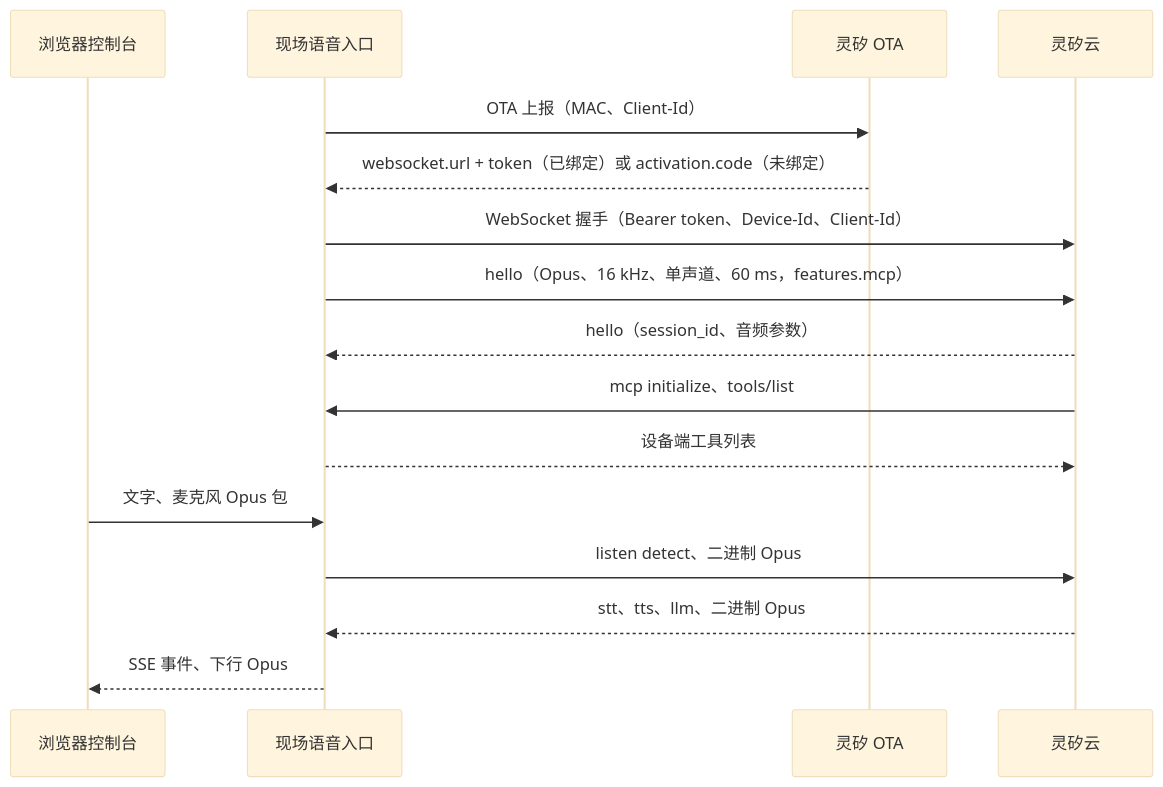
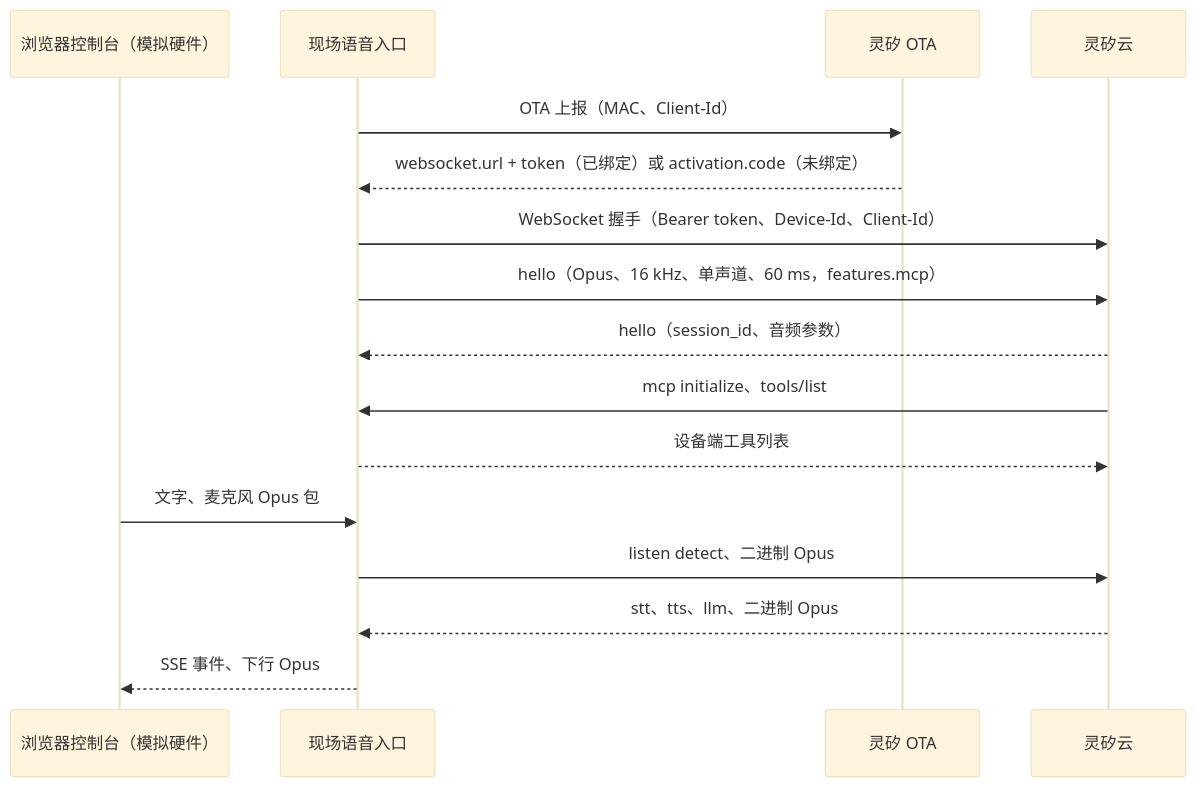
Before and after one commit to open-anywhere/open-anywhere: the third of 3 diagrams in docs/architecture.md, drawn with Mermaid (base theme). The commit also changed other lines of this file, not shown here.

First line of the commit message:
docs: trim the voice entry chapter to what belongs in an architecture

````diff
--- a/docs/architecture.md
+++ b/docs/architecture.md
@@ -527,19 +527,19 @@
 ```mermaid
 sequenceDiagram
-  participant B as 浏览器控制台
+  participant B as 浏览器控制台（模拟硬件）
   participant K as 现场语音入口
   participant O as 灵矽 OTA
   participant L as 灵矽云
 
   K->>O: OTA 上报（MAC、Client-Id）
   O-->>K: websocket.url + token（已绑定）或 activation.code（未绑定）
   K->>L: WebSocket 握手（Bearer token、Device-Id、Client-Id）
   K->>L: hello（Opus、16 kHz、单声道、60 ms，features.mcp）
   L-->>K: hello（session_id、音频参数）
   L->>K: mcp initialize、tools/list
   K-->>L: 设备端工具列表
   B->>K: 文字、麦克风 Opus 包
   K->>L: listen detect、二进制 Opus
   L-->>K: stt、tts、llm、二进制 Opus
   K-->>B: SSE 事件、下行 Opus
 ```
````
